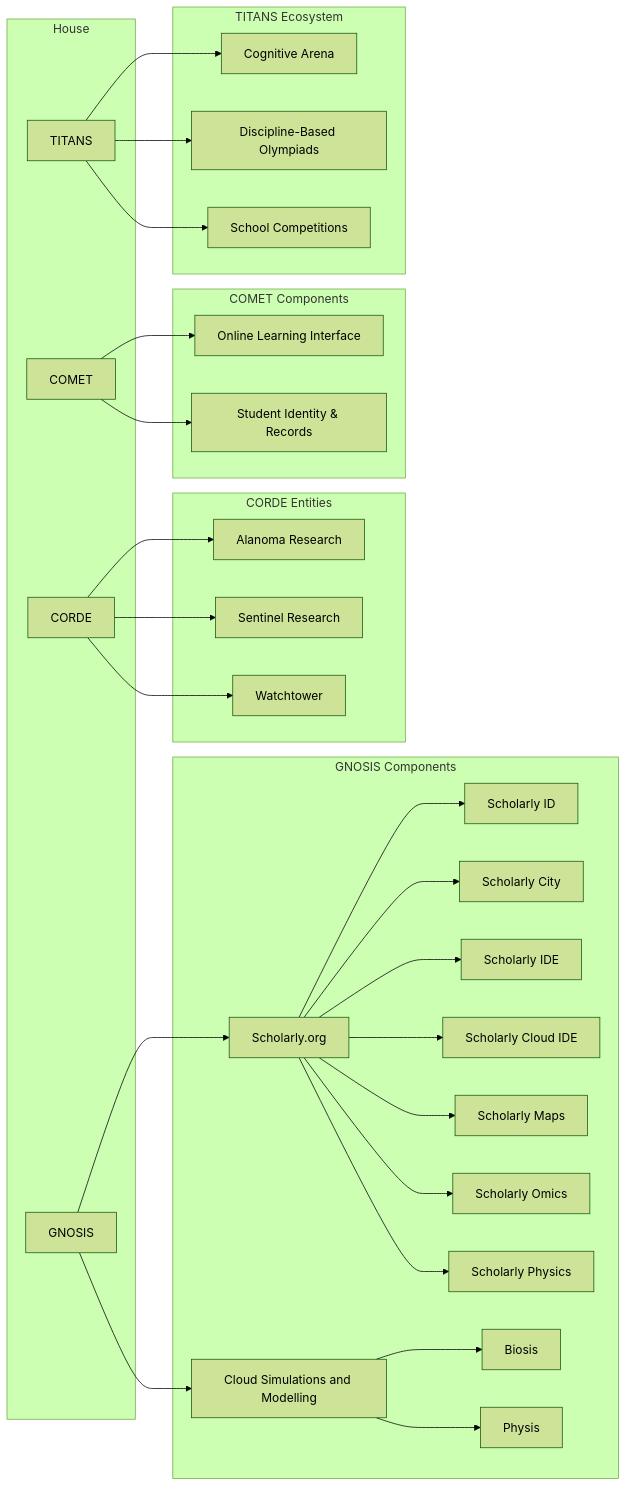
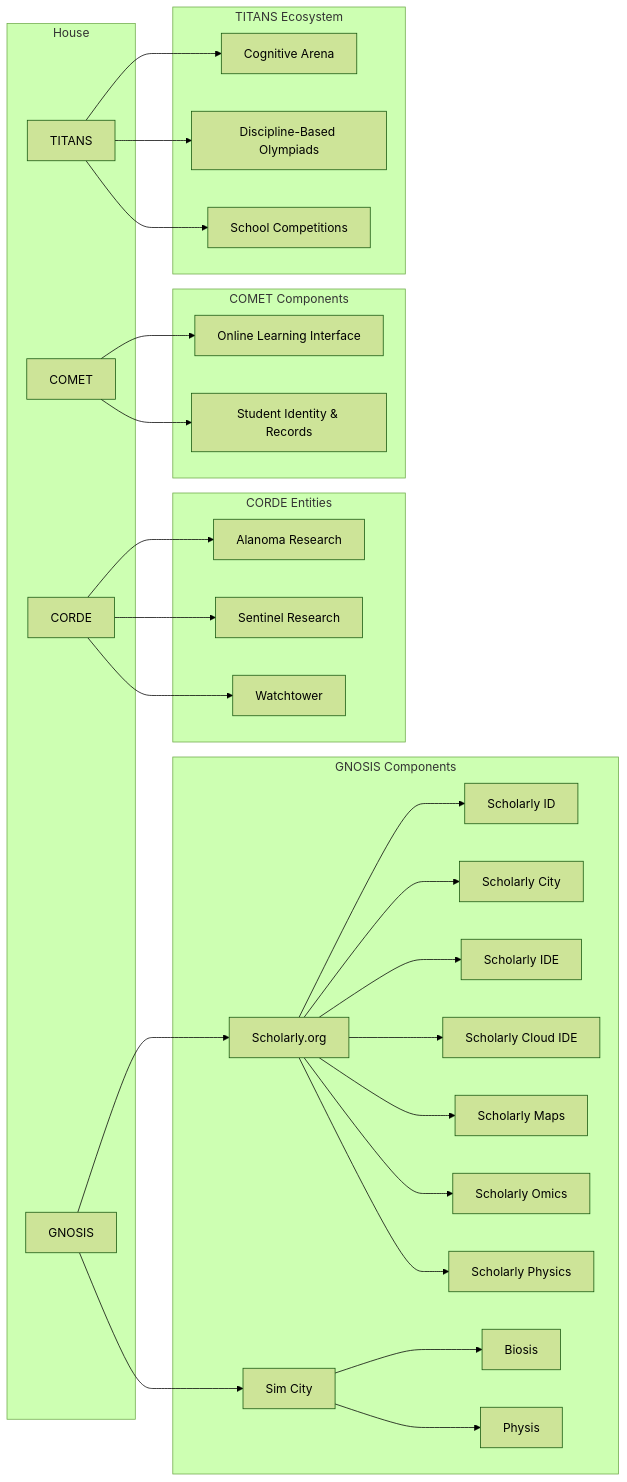
Before and after one commit to probabilityzero/hanslibrary: the first of 2 diagrams in src/site/notes/Cortex/Genesis/Research entities.md, drawn with Mermaid (forest theme). The commit also changed other lines of this file and 10 other files, not shown here.

````diff
--- a/src/site/notes/Cortex/Genesis/Research entities.md
+++ b/src/site/notes/Cortex/Genesis/Research entities.md
@@ -61,68 +54,68 @@
 ```mermaid
 graph LR
 
   subgraph House ["House"]
     GNOSIS["GNOSIS"]
     COMET["COMET"]
     CORDE["CORDE"]
     TITANS["TITANS"]
   end
 
   subgraph GNOSIS_Sub ["GNOSIS Components"]
     Scholarly_org["Scholarly.org"]
     Scholarly_ID["Scholarly ID"]
     Scholarly_City["Scholarly City"]
     Scholarly_IDE["Scholarly IDE"]
     Scholarly_Cloud_IDE["Scholarly Cloud IDE"]
     Scholarly_Maps["Scholarly Maps"]
     Scholarly_Omics["Scholarly Omics"]
     Scholarly_Physics["Scholarly Physics"]
-    SimCity["Cloud Simulations and Modelling"]
+    SimCity["Sim City"]
     Biosis["Biosis"]
     Physis["Physis"]
   end
 
   subgraph CORDE_Sub ["CORDE Entities"]
     Alanoma["Alanoma Research"]
     Sentinel["Sentinel Research"]
     Watchtower["Watchtower"]
   end
 
   subgraph COMET_Sub ["COMET Components"]
     LearningPlatform["Online Learning Interface"]
     LearnerID["Student Identity & Records"]
   end
 
   subgraph TITANS_Sub ["TITANS Ecosystem"]
     Arena["Cognitive Arena"]
     Tournaments["Discipline-Based Olympiads"]
     SchoolCompetitions["School Competitions"]
   end
 
   %% GNOSIS children
   GNOSIS --> Scholarly_org
   GNOSIS --> SimCity
   Scholarly_org --> Scholarly_ID
   Scholarly_org --> Scholarly_City
   Scholarly_org --> Scholarly_IDE
   Scholarly_org --> Scholarly_Cloud_IDE
   Scholarly_org --> Scholarly_Maps
   Scholarly_org --> Scholarly_Omics
   Scholarly_org --> Scholarly_Physics
   SimCity --> Biosis
   SimCity --> Physis
 
   %% CORDE children
   CORDE --> Alanoma
   CORDE --> Sentinel
   CORDE --> Watchtower
 
   %% COMET children
   COMET --> LearningPlatform
   COMET --> LearnerID
   
   %% TITANS children
   TITANS --> Arena
   TITANS --> Tournaments
   TITANS --> SchoolCompetitions
 ```
````
